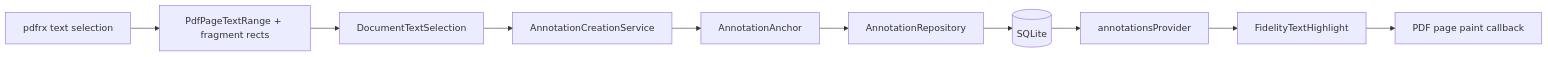
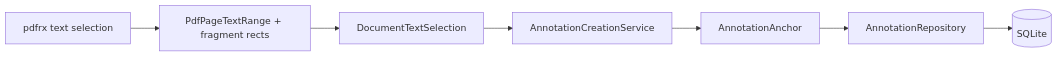
Before and after one commit to aaditya140103/kola: the sixth of 16 diagrams in docs/PROJECT_GRAPH.md, drawn with Mermaid. The commit also changed other lines of this file, not shown here.

Commit message:
Document recovered annotation geometry flow

````diff
--- a/docs/PROJECT_GRAPH.md
+++ b/docs/PROJECT_GRAPH.md
@@ -102,16 +102,12 @@
 ```mermaid
 flowchart LR
     Select[pdfrx text selection]
     Ranges[PdfPageTextRange + fragment rects]
     KolaSel[DocumentTextSelection]
     Service[AnnotationCreationService]
     Anchor[AnnotationAnchor]
     Repo[AnnotationRepository]
     DB[(SQLite)]
-    Live[annotationsProvider]
-    Highlight[FidelityTextHighlight]
-    Paint[PDF page paint callback]
 
     Select --> Ranges --> KolaSel --> Service --> Anchor --> Repo --> DB
-    DB --> Live --> Highlight --> Paint
 ```
````
